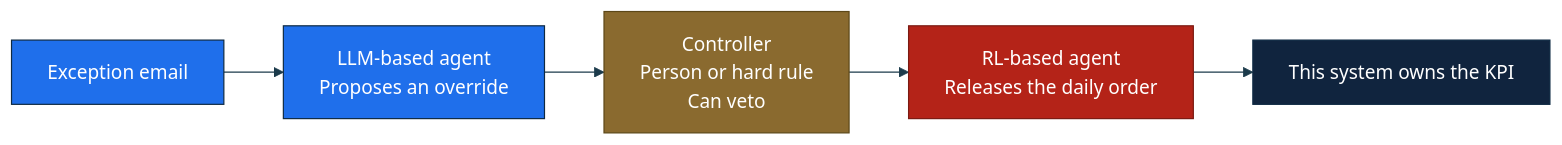
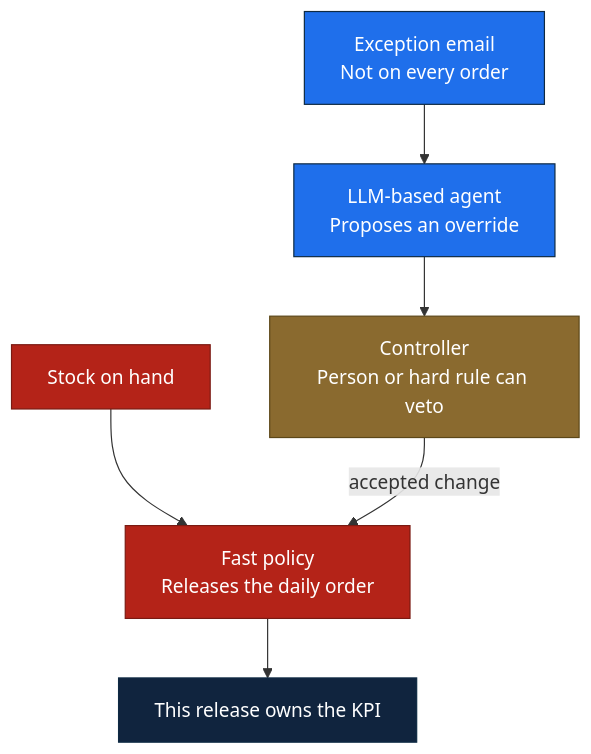
One commit to salihtutun/Agentic-AI_Autonomous_Decision_Making changed the diagram in assets/mermaid/hybrid.mmd. Above: the diagram before and after it, drawn with Mermaid. The commit also changed 24 other files, not shown here.

Commit message:
feat: redraw the session diagrams so the arrows match the lesson

```diff
--- a/assets/mermaid/hybrid.mmd
+++ b/assets/mermaid/hybrid.mmd
@@ -1,14 +1,14 @@
-%%{init: {'theme':'base','themeVariables':{'fontFamily':'Segoe UI, Arial, sans-serif','fontSize':'16px','lineColor':'#1B3A4B'}}}%%
-flowchart LR
-    EMAIL["Exception email"] --> LLM["LLM-based agent<br/>Proposes an override"]
-    LLM --> CTRL["Controller<br/>Person or hard rule<br/>Can veto"]
-    CTRL --> RL["RL-based agent<br/>Releases the daily order"]
-    RL --> KPI["This system owns the KPI"]
+flowchart TB
+    STOCK["Stock on hand"] --> FAST["Fast policy<br/>Releases the daily order"]
+    FAST --> KPI["This release owns the KPI"]
+    EMAIL["Exception email<br/>Not on every order"] --> LLM["LLM-based agent<br/>Proposes an override"]
+    LLM --> CTRL["Controller<br/>Person or hard rule can veto"]
+    CTRL -->|accepted change| FAST
     classDef blue fill:#1F6FEB,stroke:#0E2A43,color:#ffffff
     classDef gold fill:#8A6A2F,stroke:#5C4718,color:#ffffff
     classDef red fill:#B42318,stroke:#7A1A12,color:#ffffff
     classDef navy fill:#10243E,stroke:#0E2A43,color:#ffffff
+    class STOCK,FAST red
     class EMAIL,LLM blue
     class CTRL gold
-    class RL red
     class KPI navy
```
